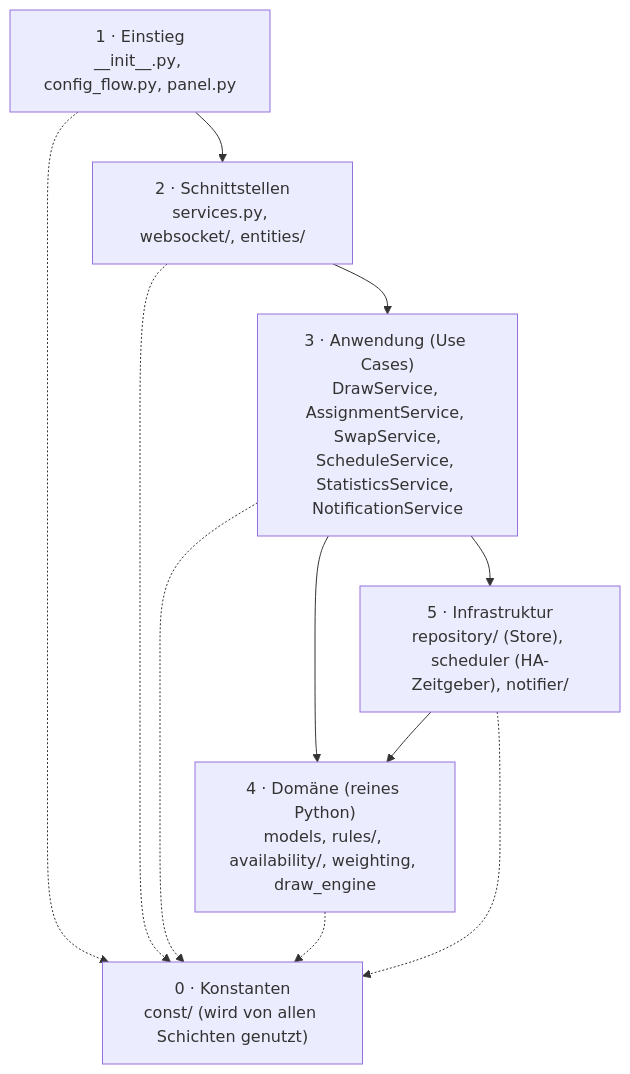
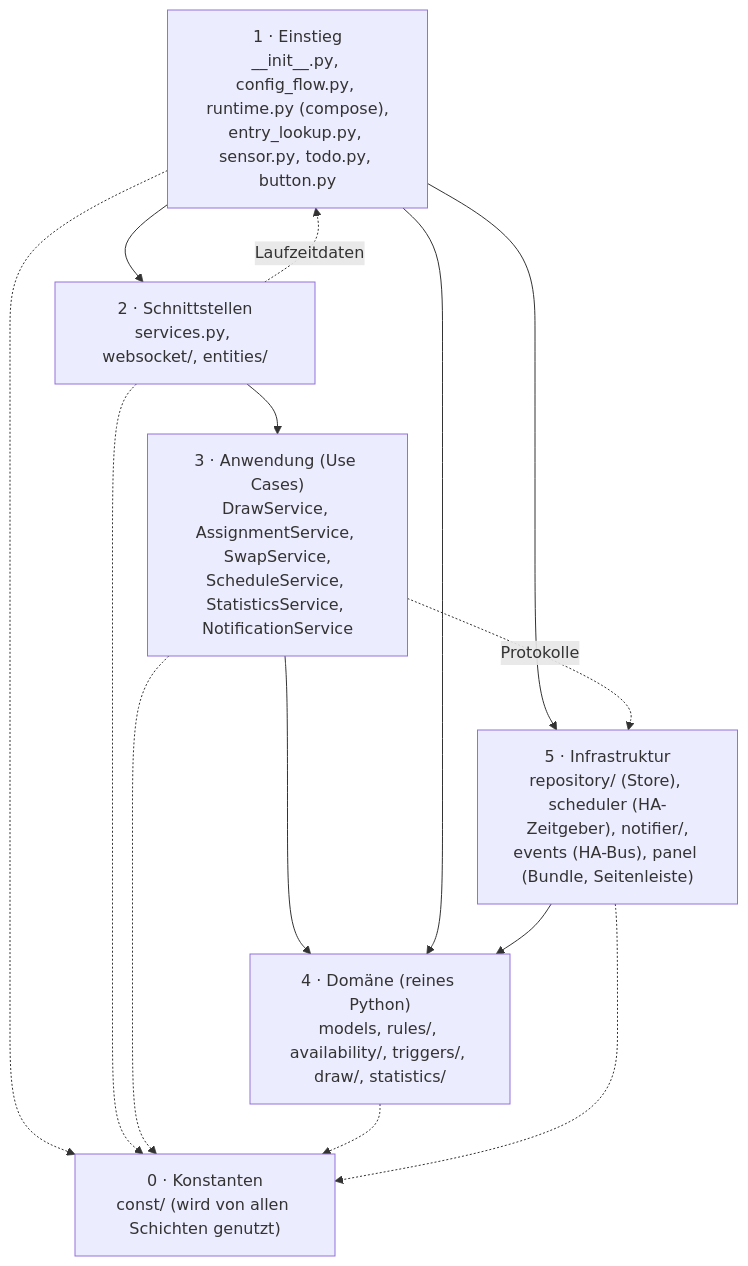
One commit to stacknoise/hass-task-wheel-of-fortune changed the first of 3 diagrams in docs/KONZEPT.md. Above: the diagram before and after it, drawn with Mermaid. The commit also changed other lines of this file and 15 other files, not shown here.

````diff
--- a/docs/KONZEPT.md
+++ b/docs/KONZEPT.md
@@ -56,17 +56,20 @@
 ```mermaid
 flowchart TD
-  E["1 · Einstieg<br/>__init__.py, config_flow.py, panel.py"]
+  E["1 · Einstieg<br/>__init__.py, config_flow.py, runtime.py (compose),<br/>entry_lookup.py, sensor.py, todo.py, button.py"]
   A["2 · Schnittstellen<br/>services.py, websocket/, entities/"]
   U["3 · Anwendung (Use Cases)<br/>DrawService, AssignmentService, SwapService,<br/>ScheduleService, StatisticsService, NotificationService"]
-  D["4 · Domäne (reines Python)<br/>models, rules/, availability/, weighting, draw_engine"]
-  I["5 · Infrastruktur<br/>repository/ (Store), scheduler (HA-Zeitgeber), notifier/"]
+  D["4 · Domäne (reines Python)<br/>models, rules/, availability/, triggers/, draw/, statistics/"]
+  I["5 · Infrastruktur<br/>repository/ (Store), scheduler (HA-Zeitgeber), notifier/,<br/>events (HA-Bus), panel (Bundle, Seitenleiste)"]
   C["0 · Konstanten<br/>const/ (wird von allen Schichten genutzt)"]
   E --> A --> U --> D
-  U --> I
+  A -.->|Laufzeitdaten| E
+  E --> I
+  E --> D
+  U -.->|Protokolle| I
   I --> D
   E -.-> C
   A -.-> C
   U -.-> C
   D -.-> C
   I -.-> C
 ```
````
